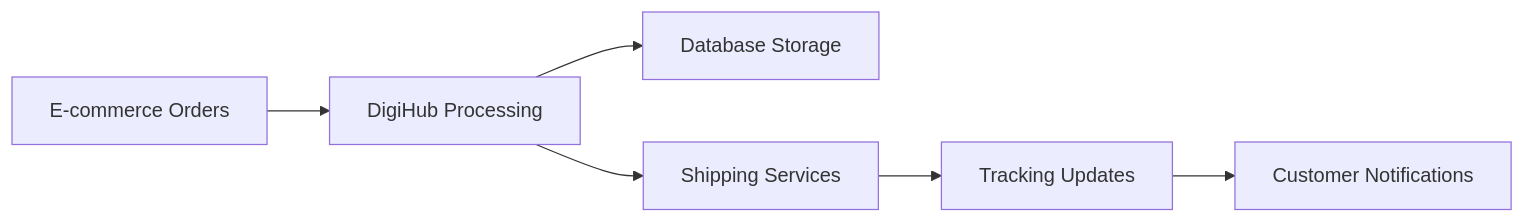
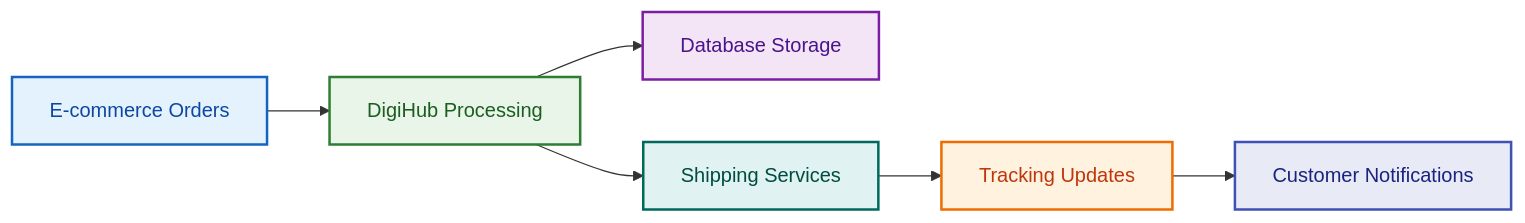
Before and after one commit to sandeepkumar0801/Digihub: the third of 44 diagrams in README.md, drawn with Mermaid. The commit also changed other lines of this file and 1 other file, not shown here.

````diff
--- a/README.md
+++ b/README.md
@@ -468,8 +562,22 @@
 ```mermaid
 graph LR
     A[E-commerce Orders] --> B[DigiHub Processing]
     B --> C[Database Storage]
     B --> D[Shipping Services]
     D --> E[Tracking Updates]
     E --> F[Customer Notifications]
+
+    classDef input fill:#e3f2fd,stroke:#1565c0,stroke-width:2px,color:#0d47a1
+    classDef process fill:#e8f5e8,stroke:#2e7d32,stroke-width:2px,color:#1b5e20
+    classDef storage fill:#f3e5f5,stroke:#7b1fa2,stroke-width:2px,color:#4a148c
+    classDef shipping fill:#e0f2f1,stroke:#00695c,stroke-width:2px,color:#004d40
+    classDef tracking fill:#fff3e0,stroke:#ef6c00,stroke-width:2px,color:#bf360c
+    classDef notification fill:#e8eaf6,stroke:#3f51b5,stroke-width:2px,color:#1a237e
+
+    class A input
+    class B process
+    class C storage
+    class D shipping
+    class E tracking
+    class F notification
 ```
````
